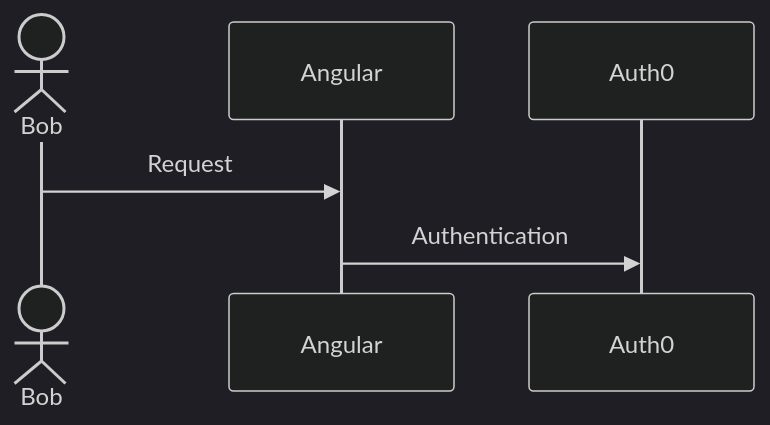
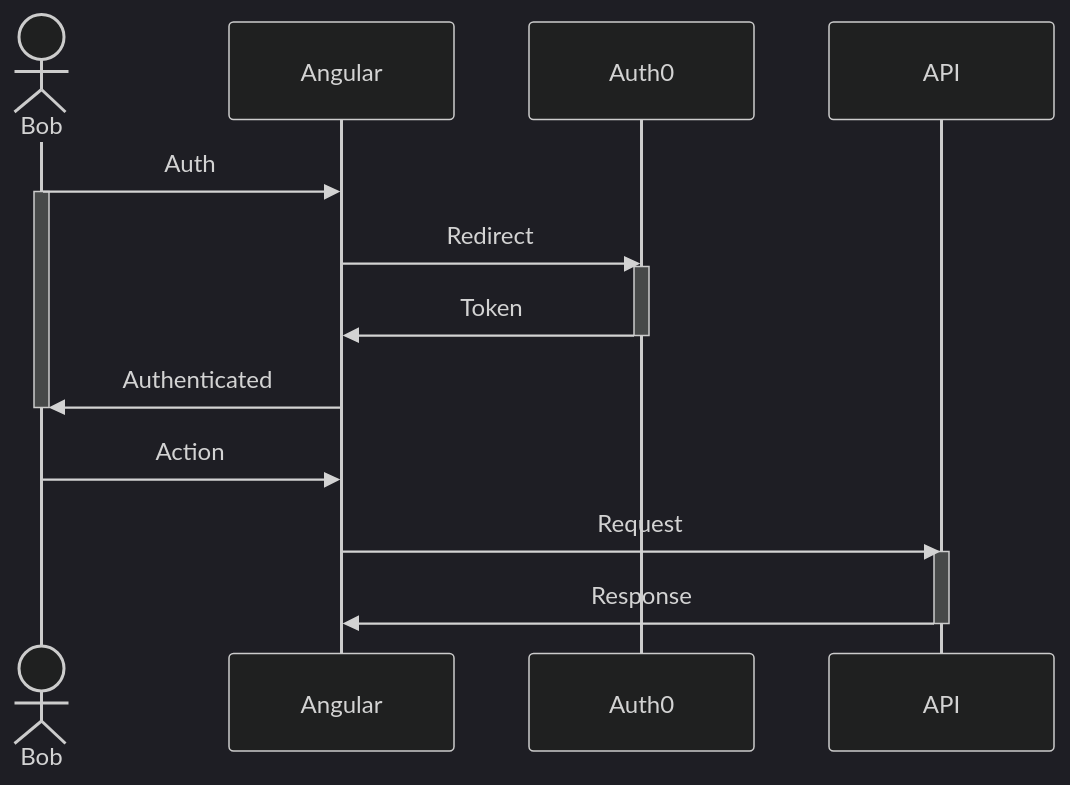
One commit to DavideDeZuane/advanced_programming changed the third of 3 diagrams in README.md. Above: the diagram before and after it, drawn with Mermaid (dark theme). The commit also changed other lines of this file, not shown here.

````diff
--- a/README.md
+++ b/README.md
@@ -42,8 +48,20 @@
 ```mermaid
 sequenceDiagram
     actor Bob
     participant Angular
-    participant Auth0 
-    Bob->>Angular: Request
-    Angular->>Auth0: Authentication
+    participant Auth0
+    participant API
+    Bob ->> Angular: Auth
+    activate Bob
+    Angular->>Auth0: Redirect
+    activate Auth0
+    Auth0->>Angular: Token
+    deactivate Auth0
+    Angular ->> Bob: Authenticated
+    deactivate Bob
+    Bob ->> Angular: Action
+    Angular ->> API: Request
+    activate API
+    API ->> Angular: Response
+    deactivate API
 ```
````
